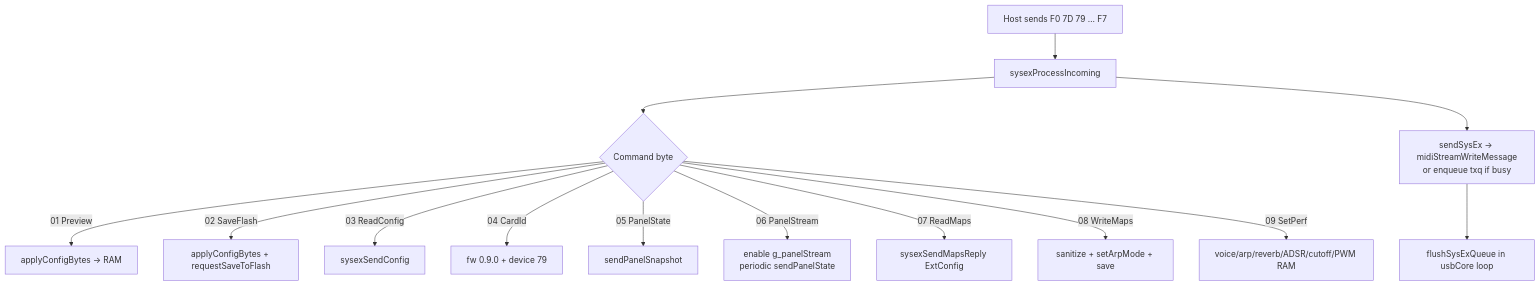
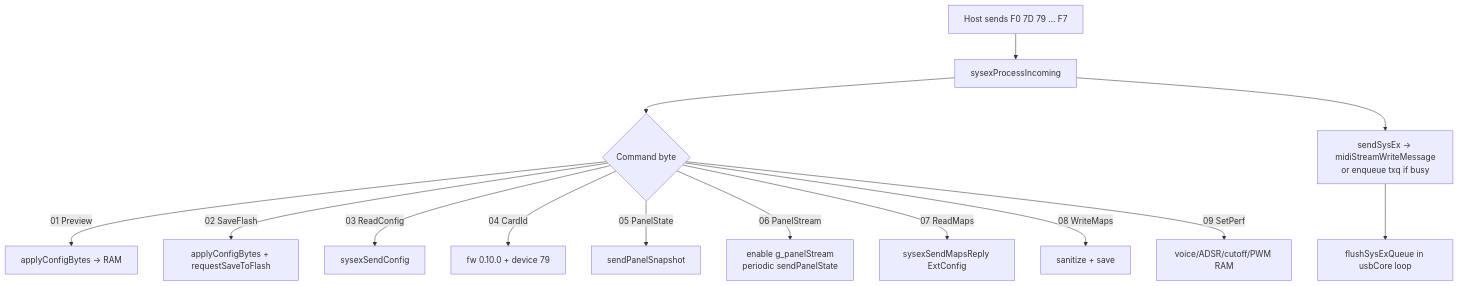
The seventh of 10 diagrams in releases/92_usb_midi_host_synth/docs/CONTROL_FLOW.md (TomWhitwell/Workshop_Computer), drawn with Mermaid before and after one commit. The commit also changed other lines of this file and 24 other files, not shown here.

First line of the commit message:
Remove arp and reverb from USB MIDI Host Synth (v0.10.0)

````diff
--- a/releases/92_usb_midi_host_synth/docs/CONTROL_FLOW.md
+++ b/releases/92_usb_midi_host_synth/docs/CONTROL_FLOW.md
@@ -271,18 +270,18 @@
 ```mermaid
 flowchart TD
     RX[Host sends F0 7D 79 … F7] --> SP[sysexProcessIncoming]
     SP --> CMD{Command byte}
 
     CMD -->|01 Preview| PRE[applyConfigBytes → RAM]
     CMD -->|02 SaveFlash| SAV[applyConfigBytes + requestSaveToFlash]
     CMD -->|03 ReadConfig| RC[sysexSendConfig]
-    CMD -->|04 CardId| ID[fw 0.9.0 + device 79]
+    CMD -->|04 CardId| ID[fw 0.10.0 + device 79]
     CMD -->|05 PanelState| PS[sendPanelSnapshot]
     CMD -->|06 PanelStream| PST[enable g_panelStream<br/>periodic sendPanelState]
     CMD -->|07 ReadMaps| RM[sysexSendMapsReply ExtConfig]
-    CMD -->|08 WriteMaps| WM[sanitize + setArpMode + save]
-    CMD -->|09 SetPerf| PERF[voice/arp/reverb/ADSR/cutoff/PWM RAM]
+    CMD -->|08 WriteMaps| WM[sanitize + save]
+    CMD -->|09 SetPerf| PERF[voice/ADSR/cutoff/PWM RAM]
 
     SP --> TX[sendSysEx → midiStreamWriteMessage<br/>or enqueue txq if busy]
     TX --> FL[flushSysExQueue in usbCore loop]
 ```
````
